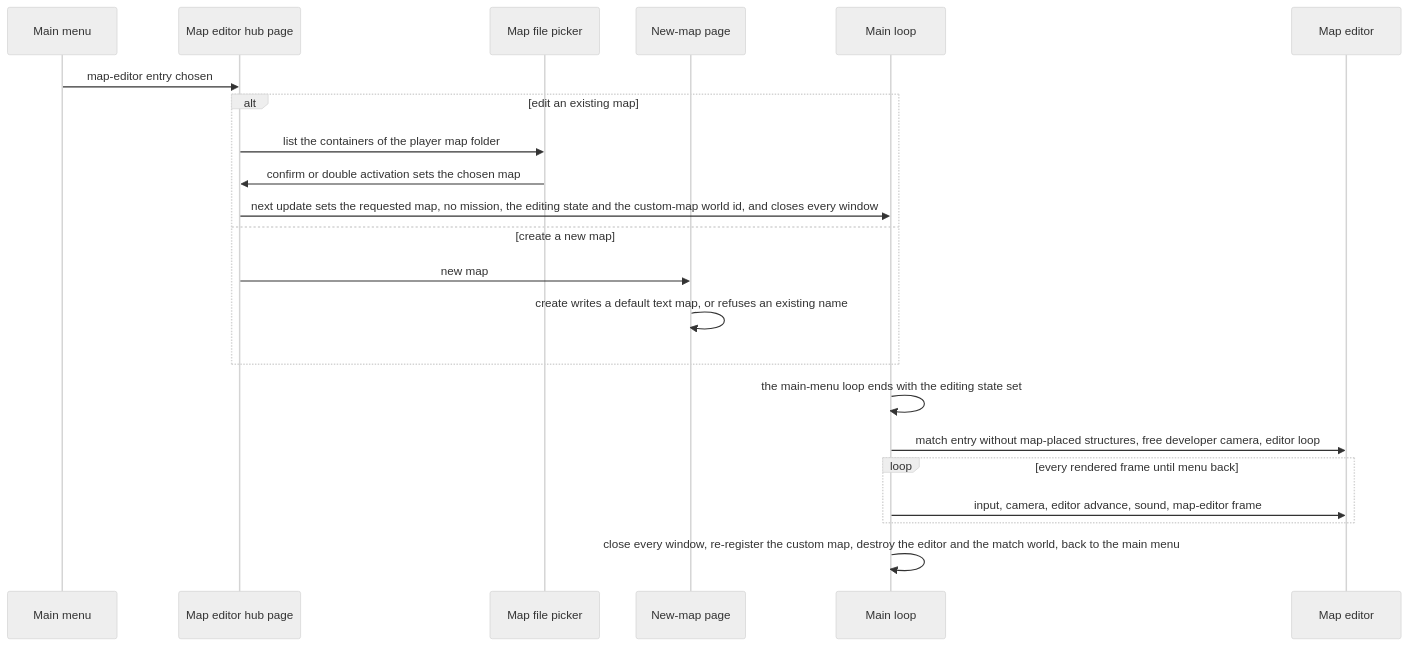
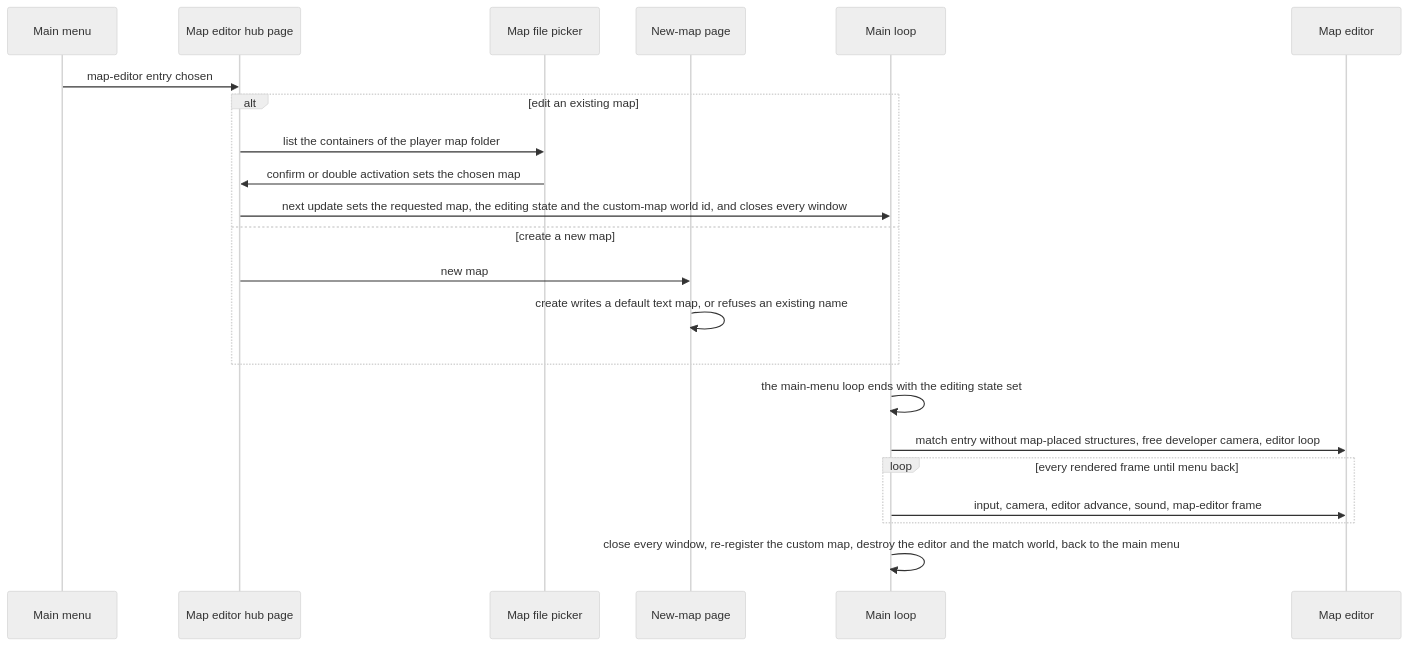
One commit to Zwaliebaba/Species.AI changed the first of 4 diagrams in design_next/reference/08_maps_and_level_design/map_editor_hooks.md. Above: the diagram before and after it, drawn with Mermaid (neutral theme). The commit also changed other lines of this file and 48 other files, not shown here.

````diff
--- a/design_next/reference/08_maps_and_level_design/map_editor_hooks.md
+++ b/design_next/reference/08_maps_and_level_design/map_editor_hooks.md
@@ -558,24 +545,24 @@
 ```mermaid
 sequenceDiagram
   participant MM as Main menu
   participant HP as Map editor hub page
   participant FP as Map file picker
   participant NP as New-map page
   participant ML as Main loop
   participant ED as Map editor
   MM->>HP: map-editor entry chosen
   alt edit an existing map
     HP->>FP: list the containers of the player map folder
     FP->>HP: confirm or double activation sets the chosen map
-    HP->>ML: next update sets the requested map, no mission, the editing state and the custom-map world id, and closes every window
+    HP->>ML: next update sets the requested map, the editing state and the custom-map world id, and closes every window
   else create a new map
     HP->>NP: new map
     NP->>NP: create writes a default text map, or refuses an existing name
   end
   ML->>ML: the main-menu loop ends with the editing state set
   ML->>ED: match entry without map-placed structures, free developer camera, editor loop
   loop every rendered frame until menu back
     ML->>ED: input, camera, editor advance, sound, map-editor frame
   end
   ML->>ML: close every window, re-register the custom map, destroy the editor and the match world, back to the main menu
 ```
````
